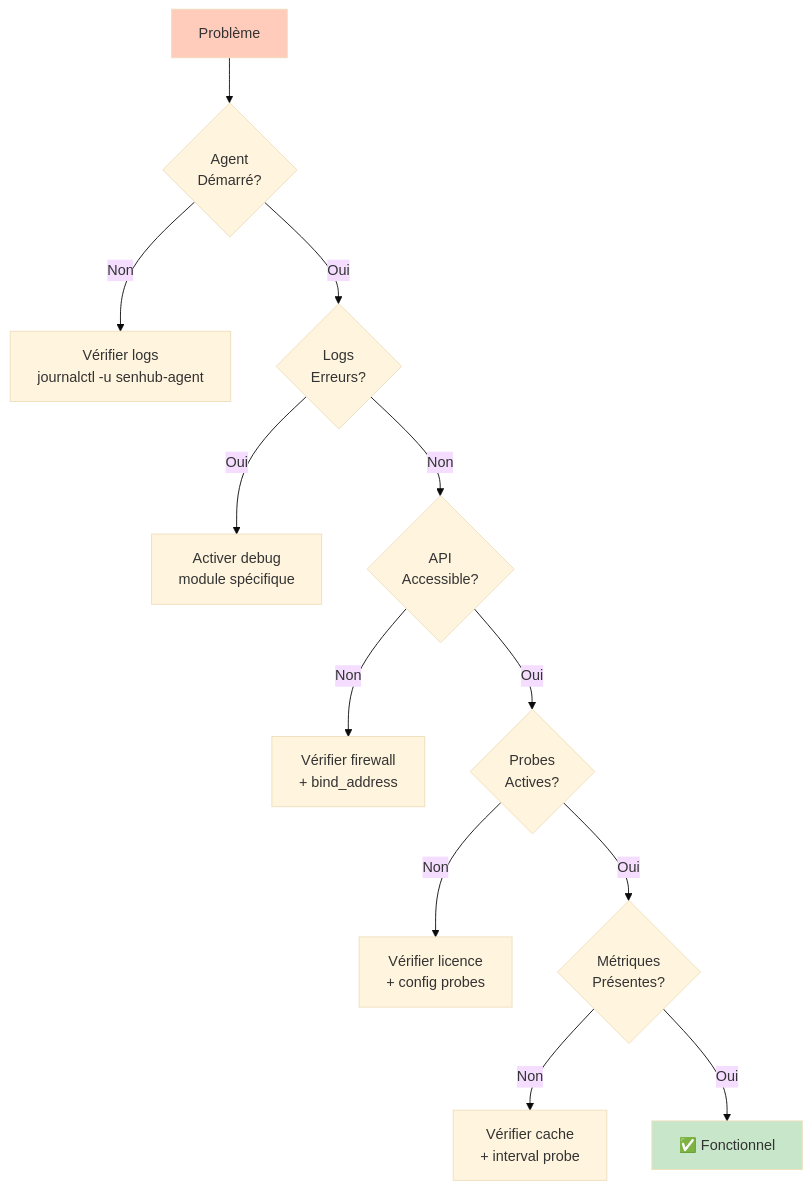
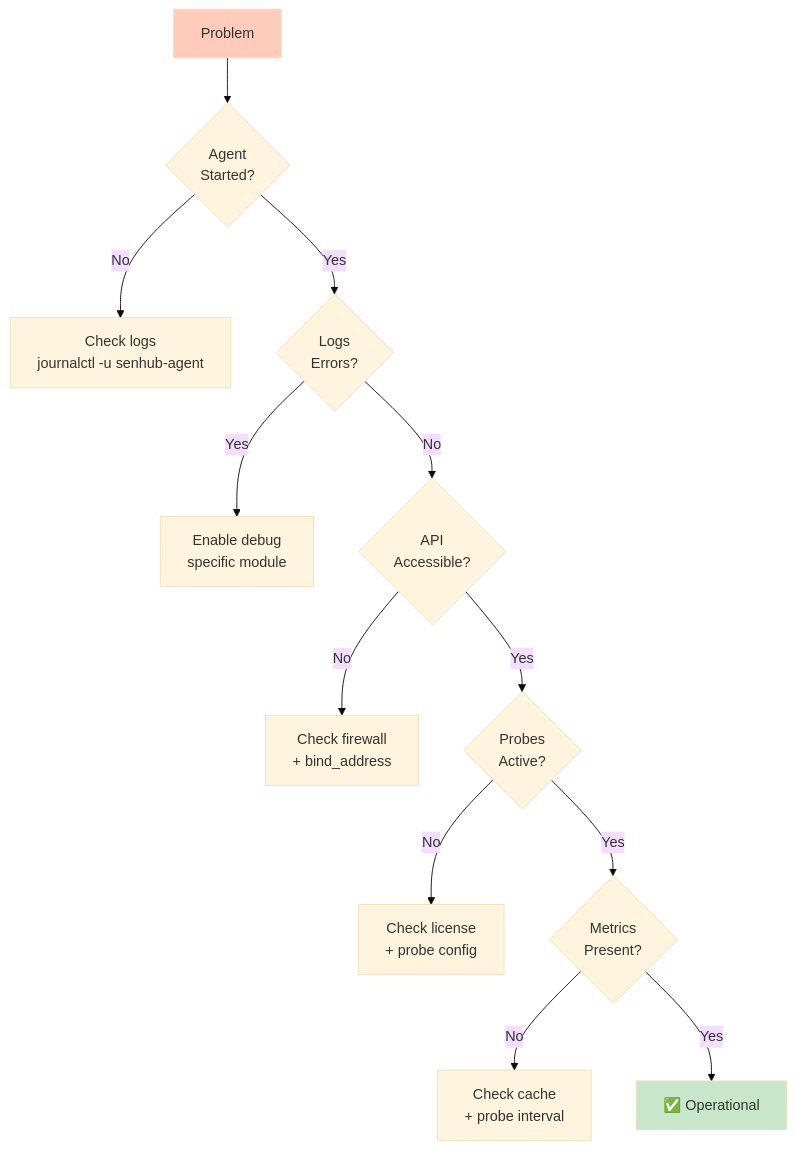
The second of 2 diagrams in docs/user-guide/TROUBLESHOOTING.md (senhub-io/senhub-agent), drawn with Mermaid (base theme) before and after one commit. The commit also changed other lines of this file and 3 other files, not shown here.

````diff
--- a/docs/user-guide/TROUBLESHOOTING.md
+++ b/docs/user-guide/TROUBLESHOOTING.md
@@ -479,21 +479,21 @@
 ```mermaid
 graph TD
-    START[Problème] --> Q1{Agent<br/>Démarré?}
-    Q1 -->|Non| FIX1[Vérifier logs<br/>journalctl -u senhub-agent]
-    Q1 -->|Oui| Q2{Logs<br/>Erreurs?}
+    START[Problem] --> Q1{Agent<br/>Started?}
+    Q1 -->|No| FIX1[Check logs<br/>journalctl -u senhub-agent]
+    Q1 -->|Yes| Q2{Logs<br/>Errors?}
 
-    Q2 -->|Oui| FIX2[Activer debug<br/>module spécifique]
-    Q2 -->|Non| Q3{API<br/>Accessible?}
+    Q2 -->|Yes| FIX2[Enable debug<br/>specific module]
+    Q2 -->|No| Q3{API<br/>Accessible?}
 
-    Q3 -->|Non| FIX3[Vérifier firewall<br/>+ bind_address]
-    Q3 -->|Oui| Q4{Probes<br/>Actives?}
+    Q3 -->|No| FIX3[Check firewall<br/>+ bind_address]
+    Q3 -->|Yes| Q4{Probes<br/>Active?}
 
-    Q4 -->|Non| FIX4[Vérifier licence<br/>+ config probes]
-    Q4 -->|Oui| Q5{Métriques<br/>Présentes?}
+    Q4 -->|No| FIX4[Check license<br/>+ probe config]
+    Q4 -->|Yes| Q5{Metrics<br/>Present?}
 
-    Q5 -->|Non| FIX5[Vérifier cache<br/>+ interval probe]
-    Q5 -->|Oui| OK[✅ Fonctionnel]
+    Q5 -->|No| FIX5[Check cache<br/>+ probe interval]
+    Q5 -->|Yes| OK[✅ Operational]
 
     style START fill:#ffccbc
     style OK fill:#c8e6c9
 ```
````
